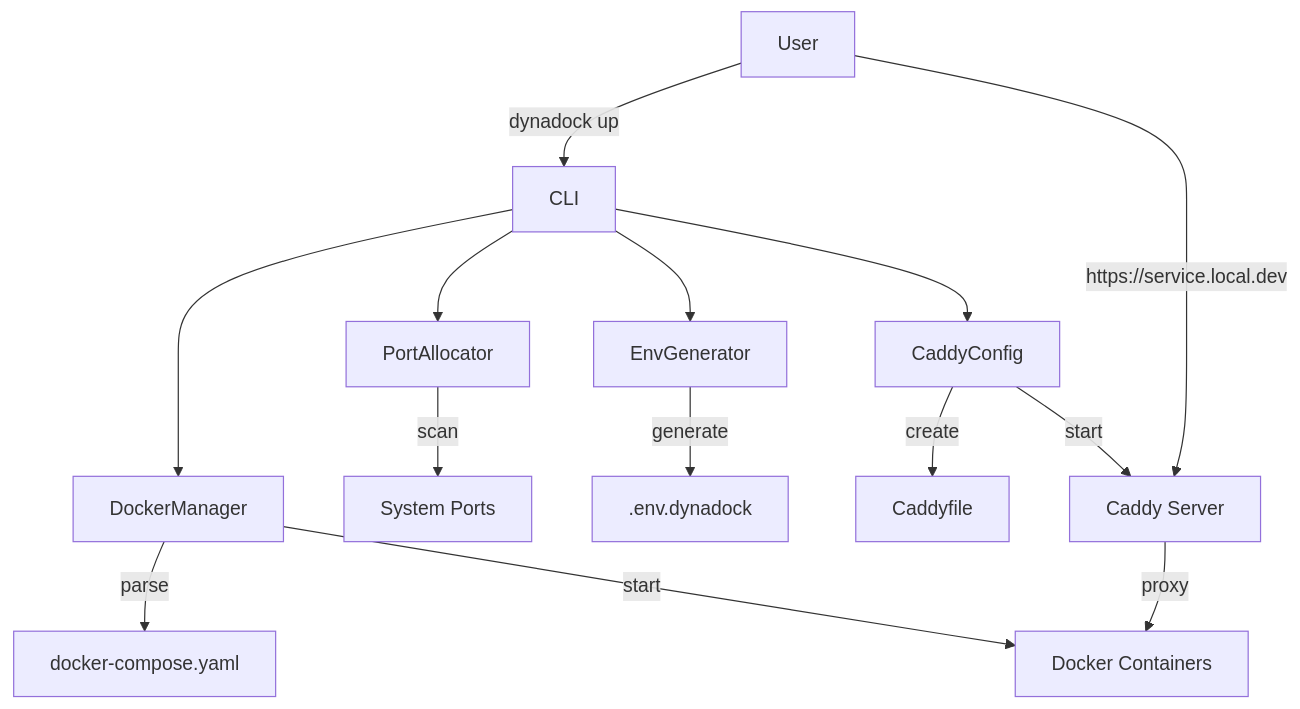
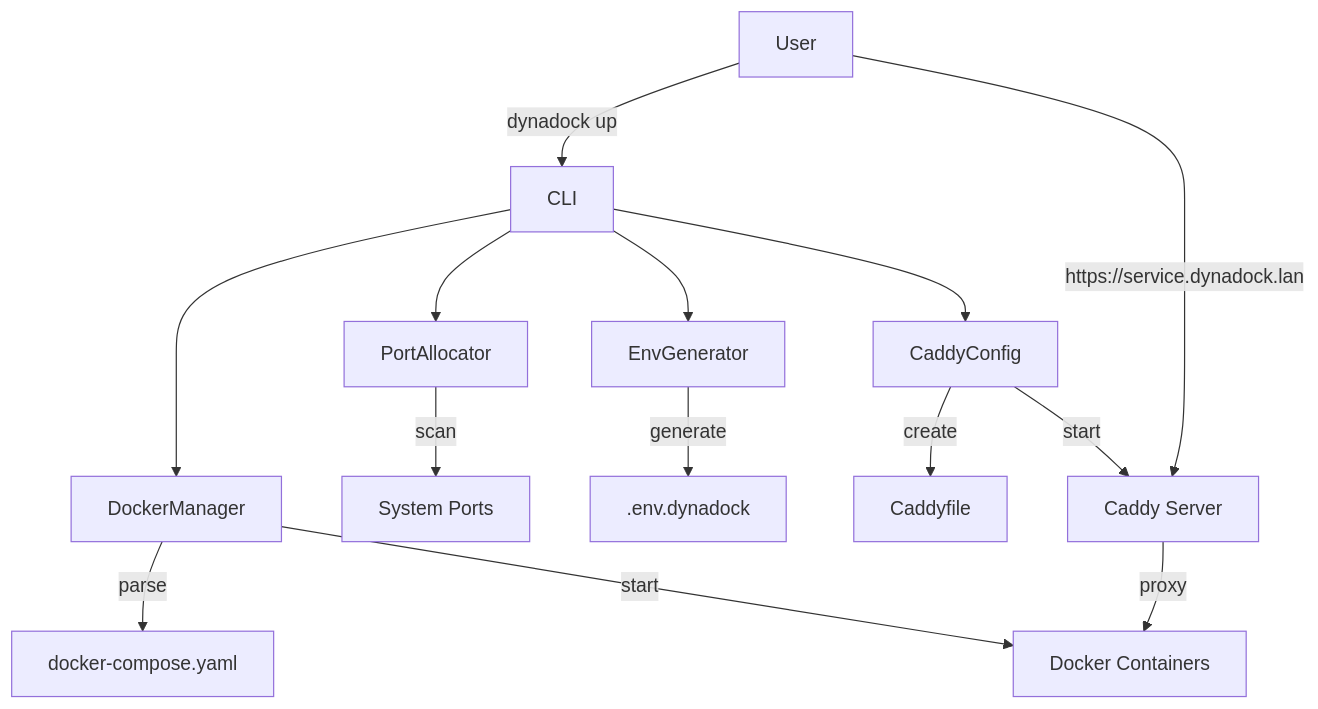
Before and after one commit to dynapsys/dynadock: the diagram in dynadock-tests-docs.md, drawn with Mermaid. The commit also changed other lines of this file and 46 other files, not shown here.

Commit message:
refactor: update domain from local.dev to dynadock.lan across all files

````diff
--- a/dynadock-tests-docs.md
+++ b/dynadock-tests-docs.md
@@ -1346,19 +1346,19 @@
 ```mermaid
 graph TD
     A[User] -->|dynadock up| B[CLI]
     B --> C[DockerManager]
     B --> D[PortAllocator]
     B --> E[EnvGenerator]
     B --> F[CaddyConfig]
     
     C -->|parse| G[docker-compose.yaml]
     D -->|scan| H[System Ports]
     E -->|generate| I[.env.dynadock]
     F -->|create| J[Caddyfile]
     
     C -->|start| K[Docker Containers]
     F -->|start| L[Caddy Server]
     
     L -->|proxy| K
-    A -->|https://service.local.dev| L
+    A -->|https://service.dynadock.lan| L
 ```
````
